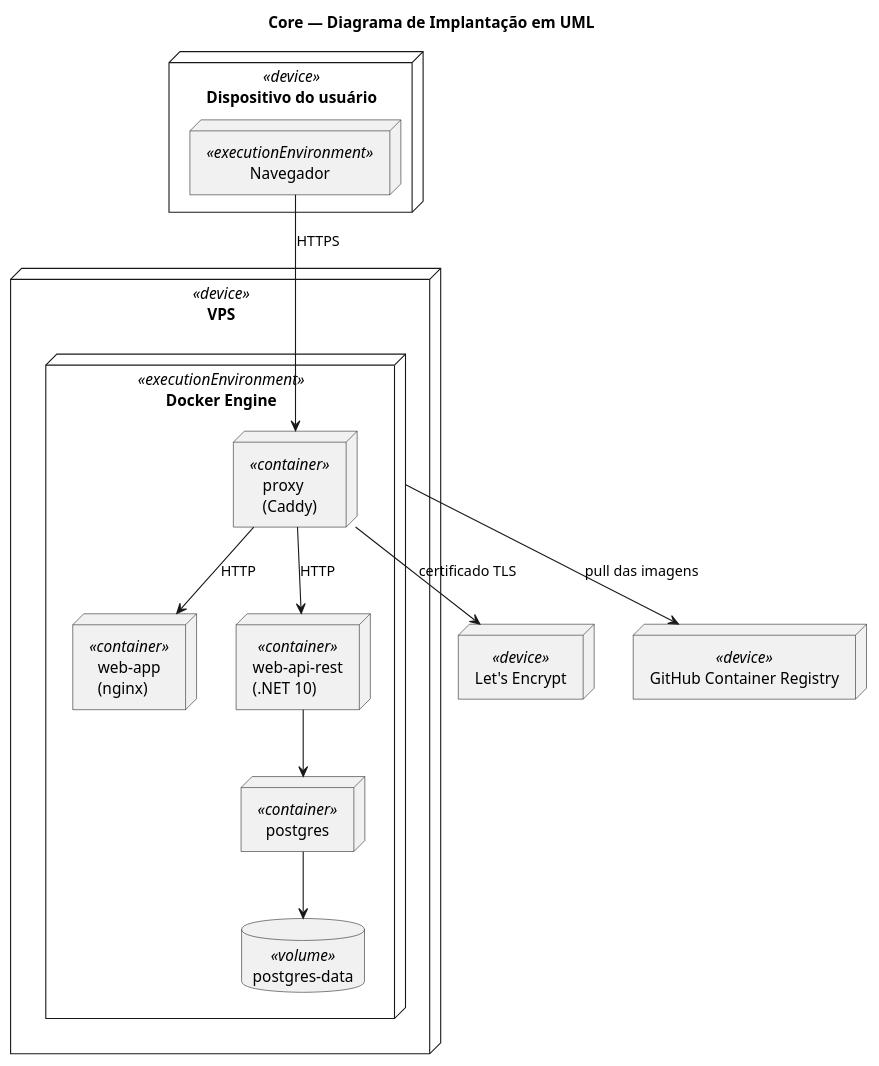
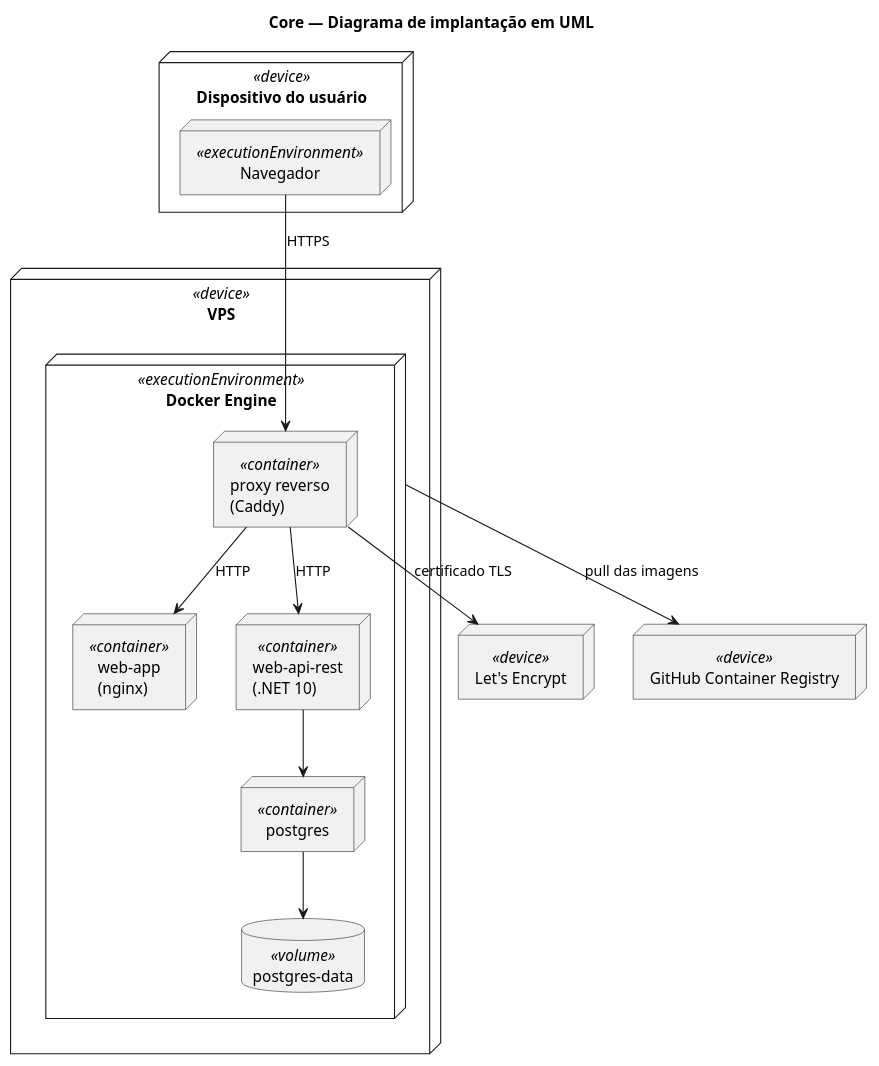
Before and after one commit to wilmarconsilva/core-devops: the diagram in Documentations/Diagrama de implantação da UML.puml, drawn with PlantUML.

Commit message:
docs: ajuste na nomenclatura do proxy reverso no diagrama de implantação em UML

```diff
--- a/Documentations/Diagrama de implantação da UML.puml
+++ b/Documentations/Diagrama de implantação da UML.puml
@@ -1,32 +1,32 @@
-@startuml Core — Diagrama de Implantação em UML
-title Core — Diagrama de Implantação em UML
+@startuml Core — Diagrama de implantação em UML
+title Core — Diagrama de implantação em UML
 
 skinparam shadowing false
 
 node "Dispositivo do usuário" <<device>> {
   node "Navegador" <<executionEnvironment>> as browser
 }
 
 node "GitHub Container Registry" <<device>> as ghcr
 
 node "Let's Encrypt" <<device>> as letsencrypt
 
 node "VPS" <<device>> {
   node "Docker Engine" <<executionEnvironment>> as docker {
-    node "proxy\n(Caddy)" <<container>> as proxy
+    node "proxy reverso\n(Caddy)" <<container>> as proxy
     node "web-app\n(nginx)" <<container>> as webapp
     node "web-api-rest\n(.NET 10)" <<container>> as api
     node "postgres" <<container>> as postgres
     database "postgres-data" <<volume>> as vol_pg
   }
 }
 
 browser --> proxy : HTTPS
 proxy --> webapp : HTTP
 proxy --> api : HTTP
 api --> postgres
 postgres --> vol_pg
 proxy --> letsencrypt : certificado TLS
 docker --> ghcr : pull das imagens
 
 @enduml
```
